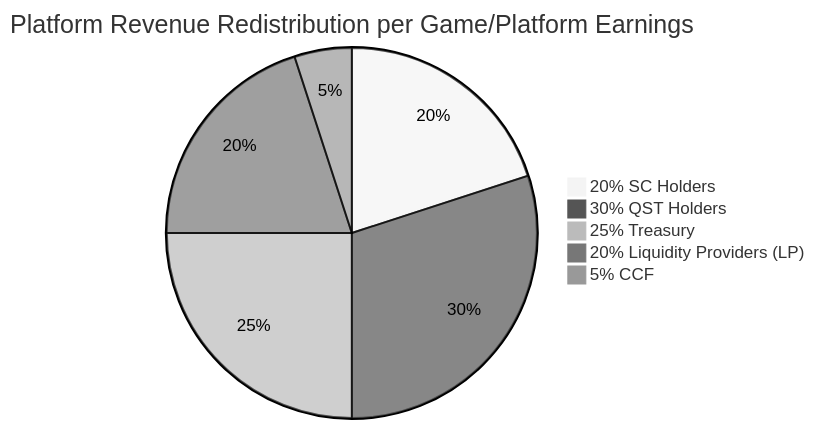
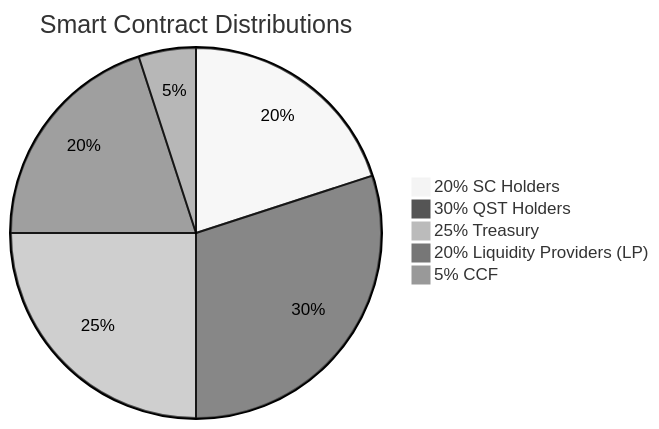
The second of 3 diagrams in README.md (nineisten/qusino), drawn with Mermaid (neutral theme) before and after one commit.

````diff
--- a/README.md
+++ b/README.md
@@ -54,8 +54,8 @@
 ```mermaid
-pie title Platform Revenue Redistribution per Game/Platform Earnings
+pie title Smart Contract Distributions
     "20% SC Holders" : 20
     "30% QST Holders" : 30
     "25% Treasury" : 25
     "20% Liquidity Providers (LP)" : 20
     "5% CCF" : 5
 ```
````
